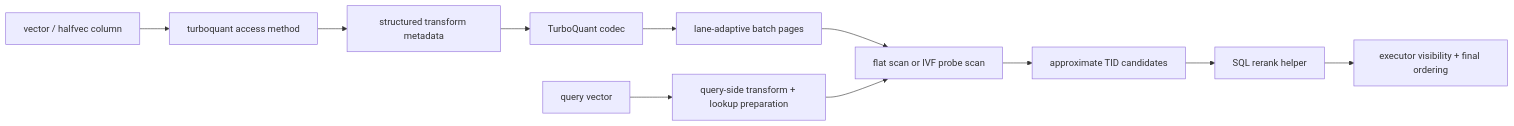
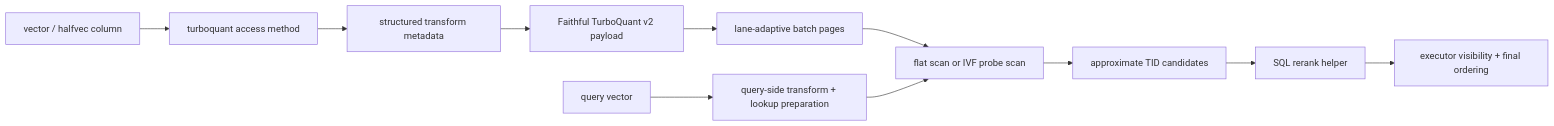
The diagram in docs/explanation/architecture.md (mayflower/pg_turboquant), drawn with Mermaid before and after one commit. The commit also changed other lines of this file and 38 other files, not shown here.

````diff
--- a/docs/explanation/architecture.md
+++ b/docs/explanation/architecture.md
@@ -5,13 +5,13 @@
 ```mermaid
 flowchart LR
     A["vector / halfvec column"] --> B["turboquant access method"]
     B --> C["structured transform metadata"]
-    C --> D["TurboQuant codec"]
+    C --> D["Faithful TurboQuant v2 payload"]
     D --> E["lane-adaptive batch pages"]
     E --> F["flat scan or IVF probe scan"]
     Q["query vector"] --> G["query-side transform + lookup preparation"]
     G --> F
     F --> H["approximate TID candidates"]
     H --> I["SQL rerank helper"]
     I --> J["executor visibility + final ordering"]
 ```
````
